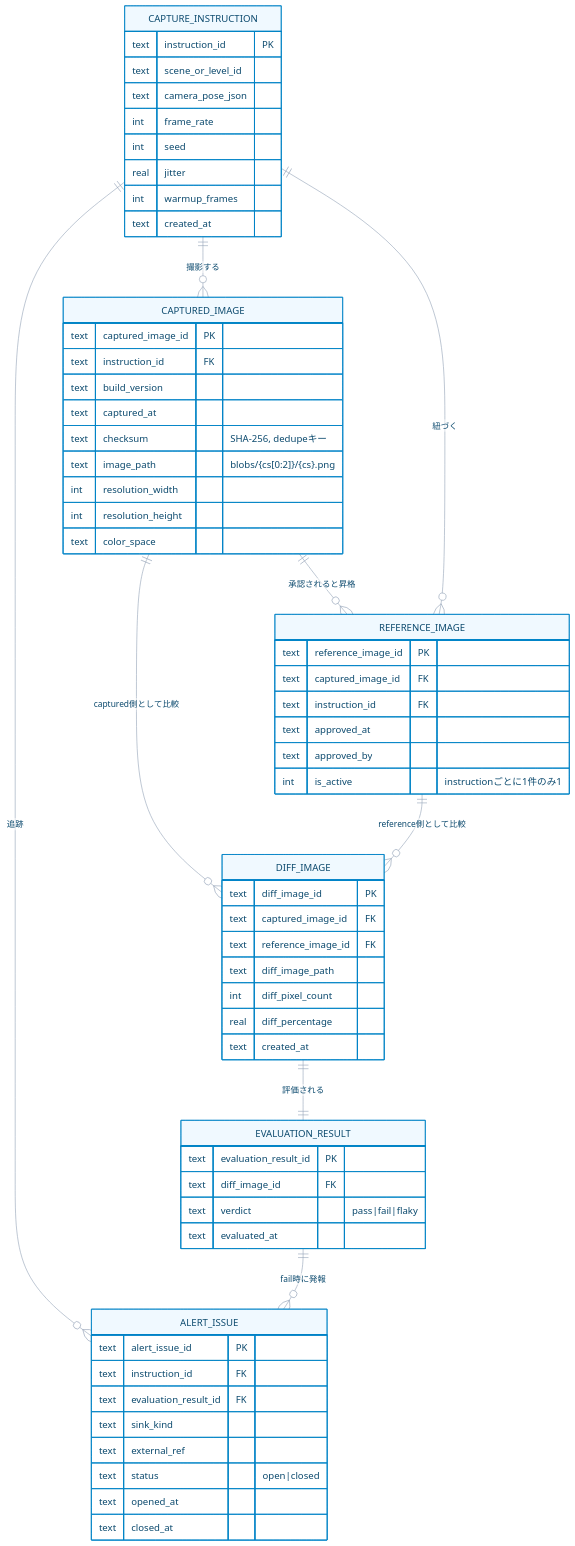
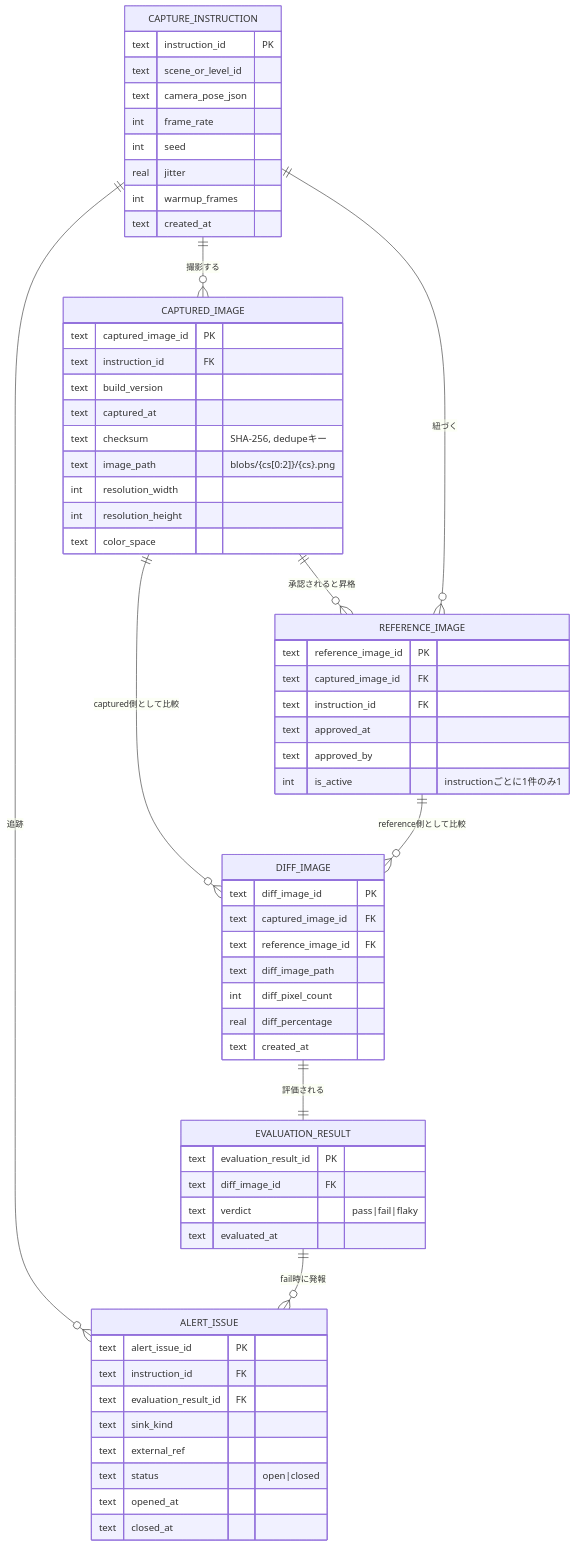
The second of 7 diagrams in docs/ARCHITECTURE.md (manato1201/VisualRegressionQATool), drawn with Mermaid before and after one commit. The commit also changed other lines of this file and 2 other files, not shown here.

First line of the commit message:
Rebuild system diagram as hand-routed SVG, document setup/verification steps

````diff
--- a/docs/ARCHITECTURE.md
+++ b/docs/ARCHITECTURE.md
@@ -75,67 +59,66 @@
 ```mermaid
-%%{init: {'theme': 'base', 'themeVariables': { 'primaryColor': '#f0f9ff', 'primaryBorderColor': '#0284c7', 'primaryTextColor': '#0c4a6e', 'lineColor': '#94a3b8', 'fontFamily': 'Inter, sans-serif' }}}%%
 erDiagram
     CAPTURE_INSTRUCTION ||--o{ CAPTURED_IMAGE : "撮影する"
     CAPTURED_IMAGE ||--o{ REFERENCE_IMAGE : "承認されると昇格"
     CAPTURE_INSTRUCTION ||--o{ REFERENCE_IMAGE : "紐づく"
     CAPTURED_IMAGE ||--o{ DIFF_IMAGE : "captured側として比較"
     REFERENCE_IMAGE ||--o{ DIFF_IMAGE : "reference側として比較"
     DIFF_IMAGE ||--|| EVALUATION_RESULT : "評価される"
     CAPTURE_INSTRUCTION ||--o{ ALERT_ISSUE : "追跡"
     EVALUATION_RESULT ||--o{ ALERT_ISSUE : "fail時に発報"
 
     CAPTURE_INSTRUCTION {
         text instruction_id PK
         text scene_or_level_id
         text camera_pose_json
         int frame_rate
         int seed
         real jitter
         int warmup_frames
         text created_at
     }
     CAPTURED_IMAGE {
         text captured_image_id PK
         text instruction_id FK
         text build_version
         text captured_at
         text checksum "SHA-256, dedupeキー"
         text image_path "blobs/{cs[0:2]}/{cs}.png"
         int resolution_width
         int resolution_height
         text color_space
     }
     REFERENCE_IMAGE {
         text reference_image_id PK
         text captured_image_id FK
         text instruction_id FK
         text approved_at
         text approved_by
         int is_active "instructionごとに1件のみ1"
     }
     DIFF_IMAGE {
         text diff_image_id PK
         text captured_image_id FK
         text reference_image_id FK
         text diff_image_path
         int diff_pixel_count
         real diff_percentage
         text created_at
     }
     EVALUATION_RESULT {
         text evaluation_result_id PK
         text diff_image_id FK
         text verdict "pass|fail|flaky"
         text evaluated_at
     }
     ALERT_ISSUE {
         text alert_issue_id PK
         text instruction_id FK
         text evaluation_result_id FK
         text sink_kind
         text external_ref
         text status "open|closed"
         text opened_at
         text closed_at
     }
 ```
````
